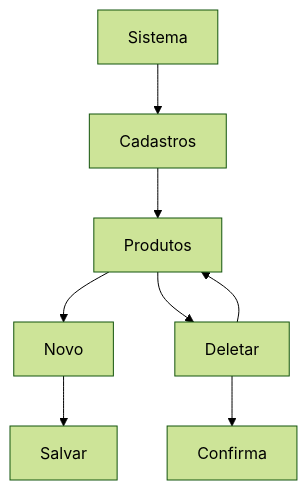
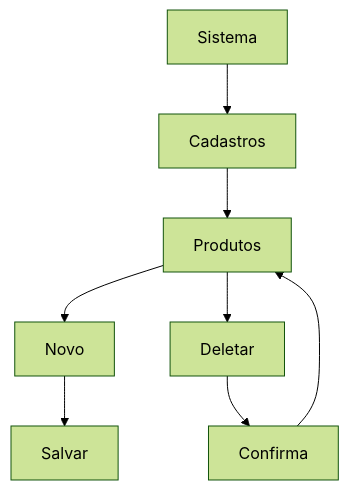
Before and after one commit to ronye011/Projeto-DevEvolution: the second of 4 diagrams in README.md, drawn with Mermaid (forest theme).

````diff
--- a/README.md
+++ b/README.md
@@ -98,10 +98,10 @@
 ```mermaid
 graph TD;
     Sistema --> Cadastros;
     Cadastros --> Produtos;
     Produtos --> Novo;
     Produtos --> Deletar;
     Deletar --> Confirma;
-    Deletar --> Produtos;
+    Confirma --> Produtos;
     Novo --> Salvar;
 ```
````
